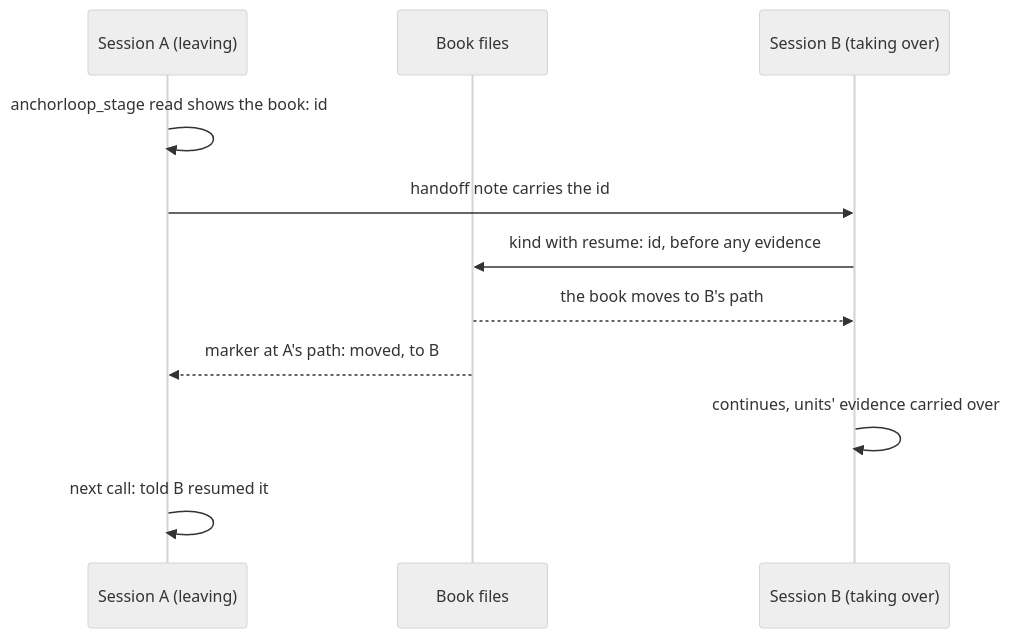
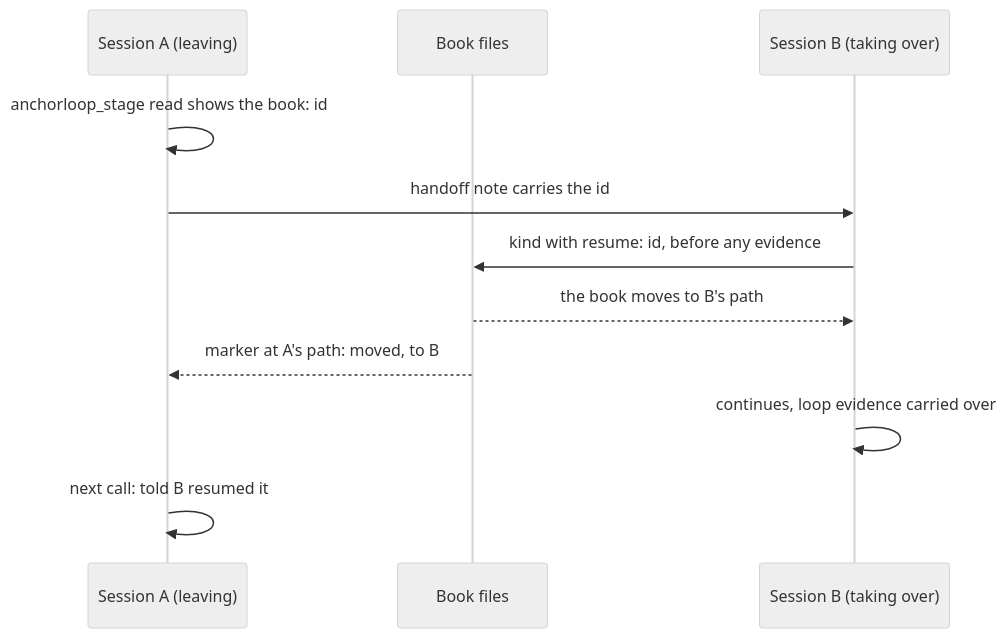
One commit to wayne930242/anchorloop changed the fourth of 4 diagrams in docs/how-it-works.md. Above: the diagram before and after it, drawn with Mermaid (neutral theme). The commit also changed other lines of this file and 6 other files, not shown here.

````diff
--- a/docs/how-it-works.md
+++ b/docs/how-it-works.md
@@ -259,13 +259,13 @@
 ```mermaid
 sequenceDiagram
   participant A as Session A (leaving)
   participant F as Book files
   participant B as Session B (taking over)
   A->>A: anchorloop_stage read shows the book: id
   A->>B: handoff note carries the id
   B->>F: kind with resume: id, before any evidence
   F-->>B: the book moves to B's path
   F-->>A: marker at A's path: moved, to B
-  B->>B: continues, units' evidence carried over
+  B->>B: continues, loop evidence carried over
   A->>A: next call: told B resumed it
 ```
````
